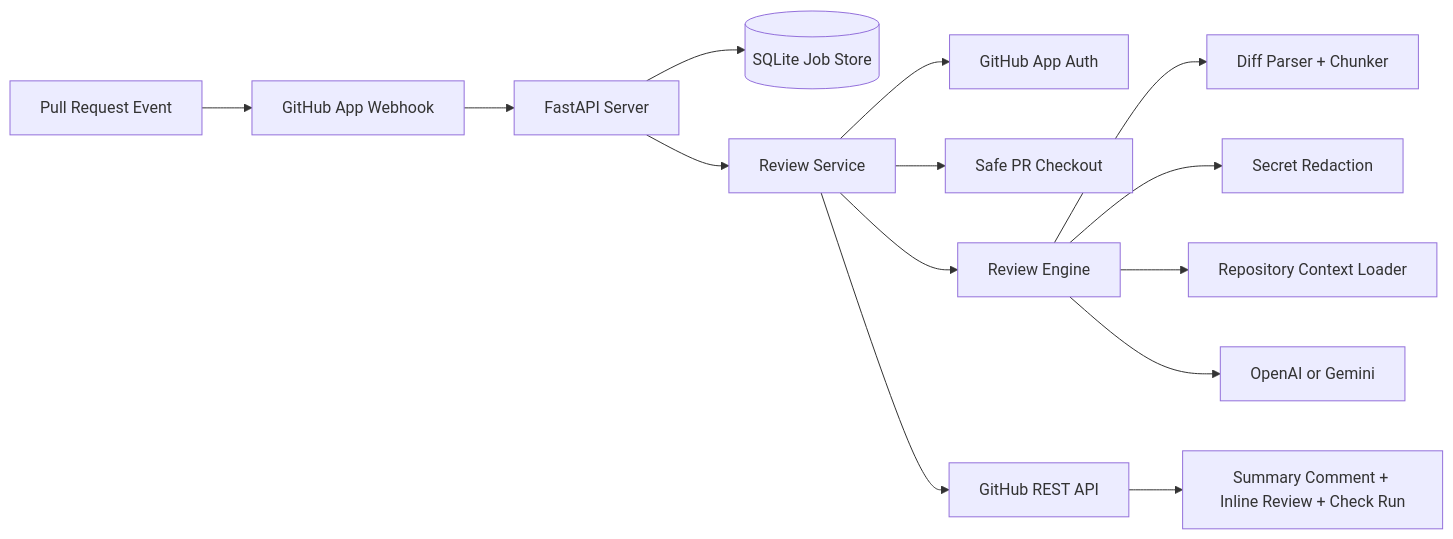
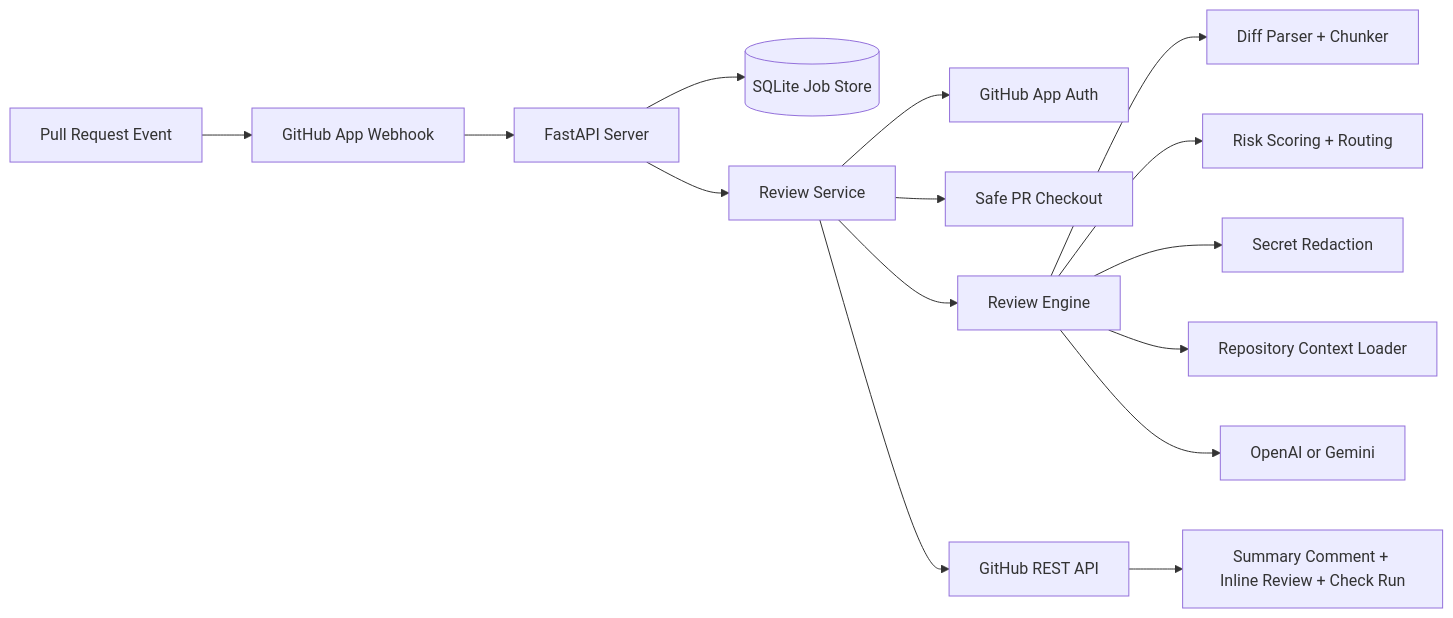
Before and after one commit to dcaayushd/AI-PR-Review-Bot: the first of 3 diagrams in README.md, drawn with Mermaid. The commit also changed other lines of this file and 14 other files, not shown here.

Commit message:
Added adaptive risk routing and fleet insights to the review platform

````diff
--- a/README.md
+++ b/README.md
@@ -19,16 +22,17 @@
 ```mermaid
 flowchart LR
     PR[Pull Request Event] --> GH[GitHub App Webhook]
     GH --> API[FastAPI Server]
     API --> Store[(SQLite Job Store)]
     API --> Service[Review Service]
     Service --> Auth[GitHub App Auth]
     Service --> Checkout[Safe PR Checkout]
     Service --> Reviewer[Review Engine]
     Reviewer --> Diff[Diff Parser + Chunker]
+    Reviewer --> Risk[Risk Scoring + Routing]
     Reviewer --> Redaction[Secret Redaction]
     Reviewer --> Context[Repository Context Loader]
     Reviewer --> LLM[OpenAI or Gemini]
     Service --> GitHub[GitHub REST API]
     GitHub --> Output[Summary Comment + Inline Review + Check Run]
 ```
````
